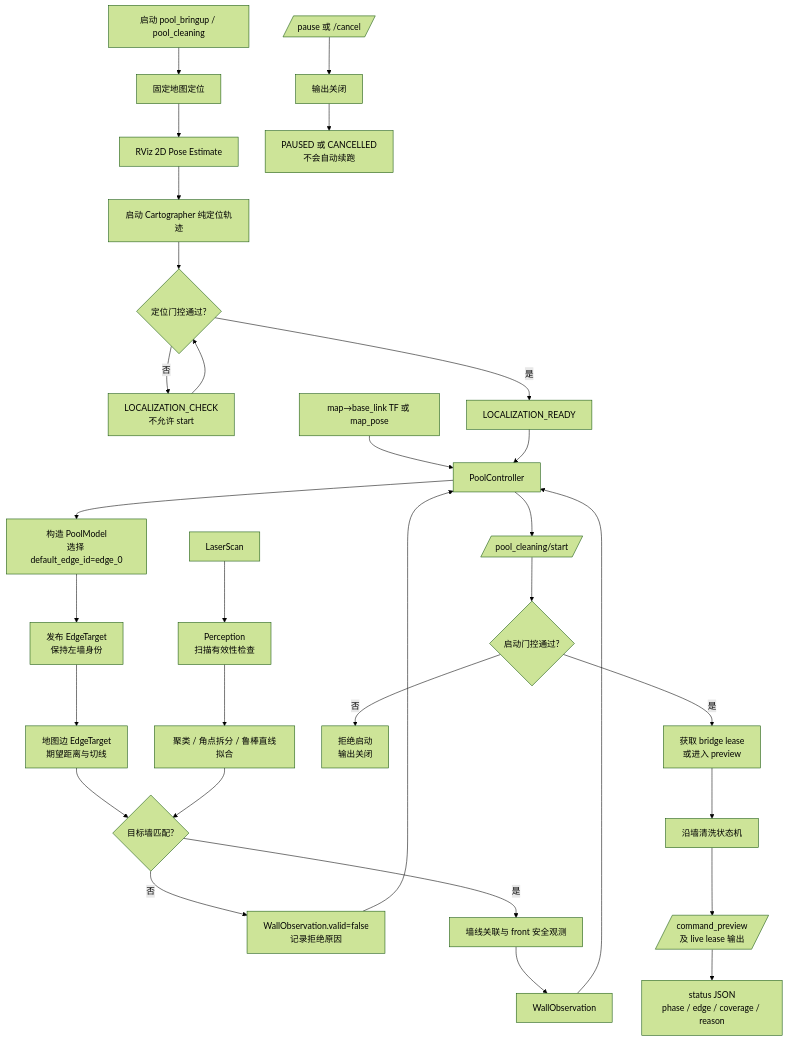
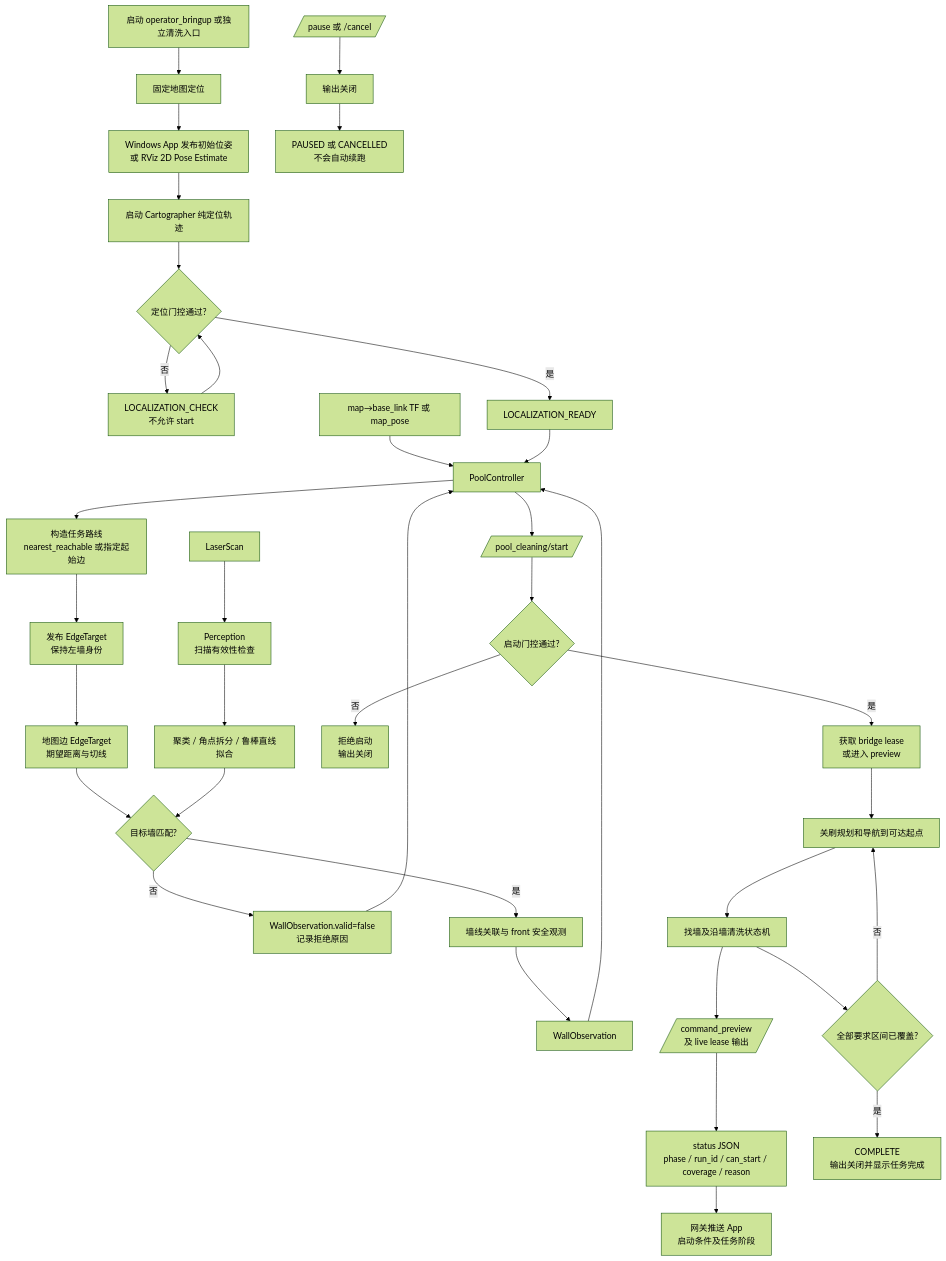
One commit to YYYKblue/surface_robot changed the first of 2 diagrams in docs/pool_cleaning/WALL_CLEANING_FLOW.md. Above: the diagram before and after it, drawn with Mermaid (forest theme). The commit also changed other lines of this file and 32 other files, not shown here.

````diff
--- a/docs/pool_cleaning/WALL_CLEANING_FLOW.md
+++ b/docs/pool_cleaning/WALL_CLEANING_FLOW.md
@@ -7,36 +7,41 @@
 ```mermaid
 flowchart TD
-    A[启动 pool_bringup / pool_cleaning] --> B[固定地图定位]
-    B --> B1[RViz 2D Pose Estimate]
+    A[启动 operator_bringup 或独立清洗入口] --> B[固定地图定位]
+    B --> B1[Windows App 发布初始位姿\n或 RViz 2D Pose Estimate]
     B1 --> B2[启动 Cartographer 纯定位轨迹]
     B2 --> B3{定位门控通过?}
     B3 -- 否 --> B4[LOCALIZATION_CHECK\n不允许 start]
     B4 --> B3
     B3 -- 是 --> B5[LOCALIZATION_READY]
 
     L[LaserScan] --> P[Perception\n扫描有效性检查]
     P --> P1[聚类 / 角点拆分 / 鲁棒直线拟合]
     T[地图边 EdgeTarget\n期望距离与切线] --> P2{目标墙匹配?}
     P1 --> P2
     P2 -- 否 --> W0[WallObservation.valid=false\n记录拒绝原因]
     P2 -- 是 --> P3[墙线关联与 front 安全观测]
     P3 --> W1[WallObservation]
 
     M[map→base_link TF 或 map_pose] --> C[PoolController]
     B5 --> C
     W0 --> C
     W1 --> C
-    C --> C1[构造 PoolModel\n选择 default_edge_id=edge_0]
+    C --> C1[构造任务路线\nnearest_reachable 或指定起始边]
     C1 --> C2[发布 EdgeTarget\n保持左墙身份]
     C2 --> T
     C --> S[/pool_cleaning/start/]
     S --> G{启动门控通过?}
     G -- 否 --> R[拒绝启动\n输出关闭]
     G -- 是 --> Q[获取 bridge lease\n或进入 preview]
-    Q --> F[沿墙清洗状态机]
+    Q --> N[关刷规划和导航到可达起点]
+    N --> F[找墙及沿墙清洗状态机]
     F --> O[/command_preview\n及 live lease 输出/]
-    O --> H[status JSON\nphase / edge / coverage / reason]
+    O --> H[status JSON\nphase / run_id / can_start / coverage / reason]
+    H --> UI[网关推送 App\n启动条件及任务阶段]
+    F --> COVER{全部要求区间已覆盖?}
+    COVER -- 否 --> N
+    COVER -- 是 --> DONE[COMPLETE\n输出关闭并显示任务完成]
 
     X[/pause 或 /cancel/] --> E[输出关闭]
     E --> E1[PAUSED 或 CANCELLED\n不会自动续跑]
 ```
````
